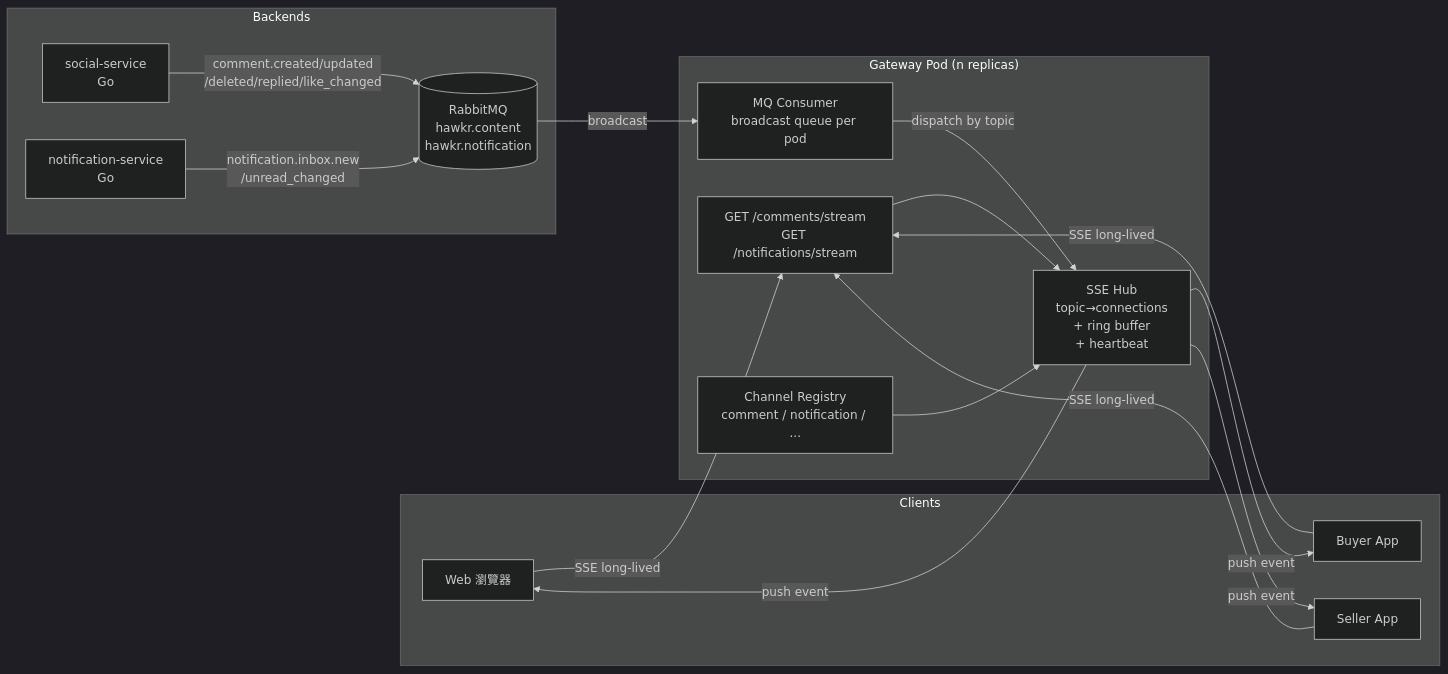
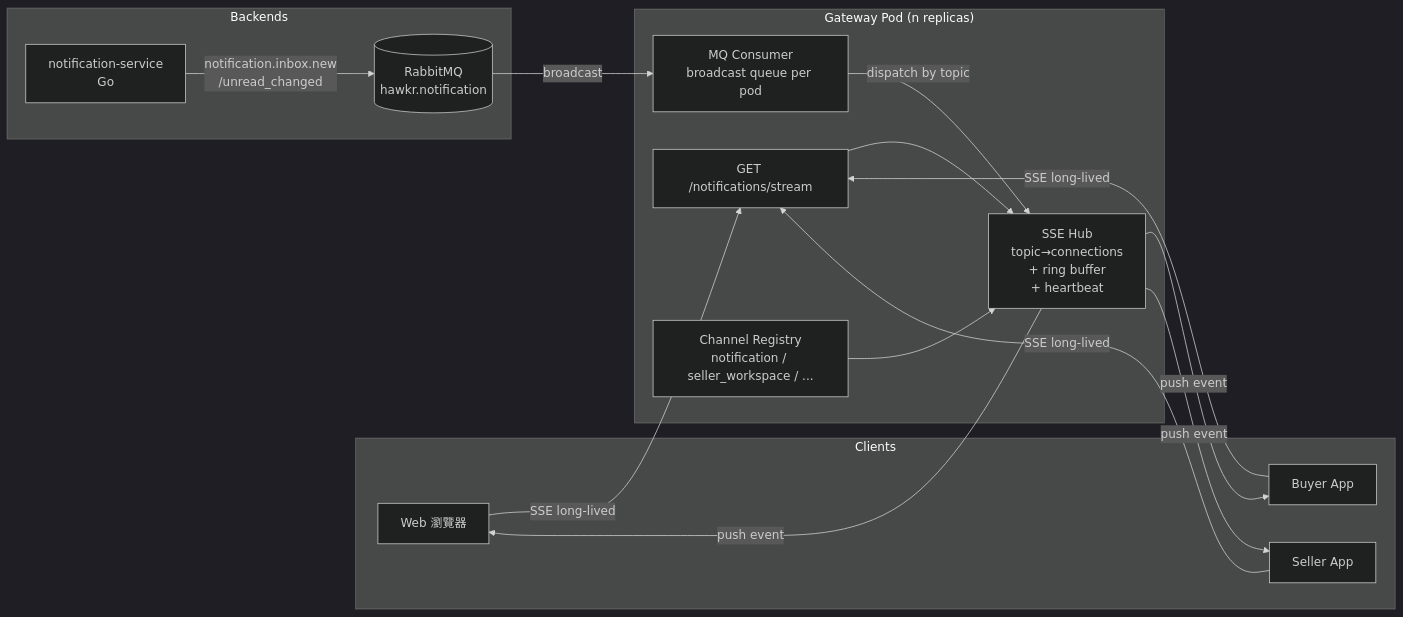
One commit to Will413028/hawkr changed the first of 7 diagrams in backend/docs/詳細設計書/41-Realtime SSE 推播平台（Realtime SSE Push Platform）詳細設計書.md. Above: the diagram before and after it, drawn with Mermaid (dark theme). The commit also changed other lines of this file and 4 other files, not shown here.

First line of the commit message:
docs(backend): record SocialService RPC dispositions and drop stale comment SSE docs

````diff
--- a/backend/docs/詳細設計書/41-Realtime SSE 推播平台（Realtime SSE Push Platform）詳細設計書.md
+++ b/backend/docs/詳細設計書/41-Realtime SSE 推播平台（Realtime SSE Push Platform）詳細設計書.md
@@ -60,32 +60,30 @@
 ```mermaid
 flowchart LR
     subgraph Clients
         W[Web 瀏覽器]
         B[Buyer App]
         S[Seller App]
     end
 
     subgraph "Gateway Pod (n replicas)"
-        H[GET /comments/stream<br/>GET /notifications/stream]
+        H[GET /notifications/stream]
         SSE[SSE Hub<br/>topic→connections<br/>+ ring buffer<br/>+ heartbeat]
         MQ[MQ Consumer<br/>broadcast queue per pod]
-        REG[Channel Registry<br/>comment / notification / ...]
+        REG[Channel Registry<br/>notification / seller_workspace / ...]
     end
 
     subgraph Backends
-        SOC[social-service<br/>Go]
         NOT[notification-service<br/>Go]
-        RMQ[(RabbitMQ<br/>hawkr.content<br/>hawkr.notification)]
+        RMQ[(RabbitMQ<br/>hawkr.notification)]
     end
 
     W & B & S -- SSE long-lived --> H
     H --> SSE
     REG --> SSE
-    SOC -- comment.created/updated<br/>/deleted/replied/like_changed --> RMQ
     NOT -- notification.inbox.new<br/>/unread_changed --> RMQ
     RMQ -- broadcast --> MQ
     MQ -- dispatch by topic --> SSE
     SSE -- push event --> W
     SSE -- push event --> B
     SSE -- push event --> S
 ```
````
